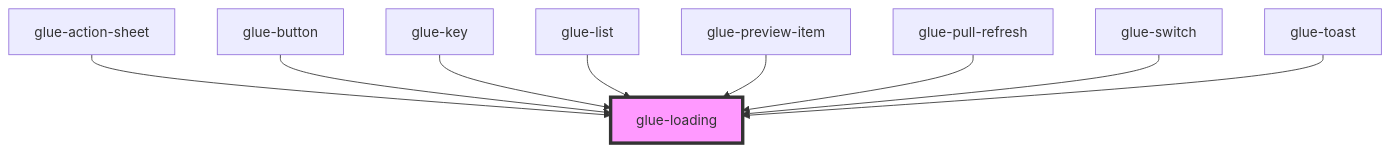
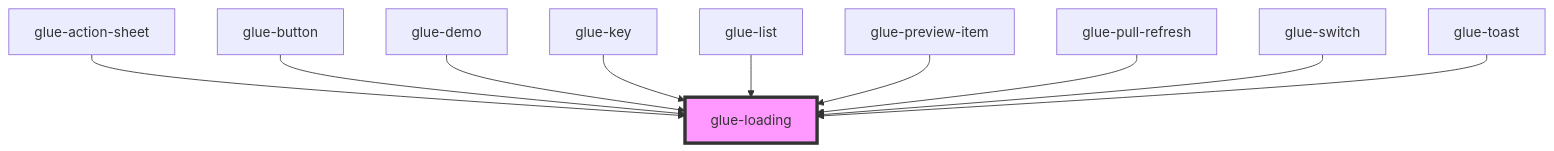
Before and after one commit to grasilife/glue: the diagram in packages/glue-components/src/components/glue-loading/readme.md, drawn with Mermaid. The commit also changed other lines of this file and 9 other files, not shown here.

````diff
--- a/packages/glue-components/src/components/glue-loading/readme.md
+++ b/packages/glue-components/src/components/glue-loading/readme.md
@@ -34,12 +35,13 @@
 ```mermaid
 graph TD;
   glue-action-sheet --> glue-loading
   glue-button --> glue-loading
+  glue-demo --> glue-loading
   glue-key --> glue-loading
   glue-list --> glue-loading
   glue-preview-item --> glue-loading
   glue-pull-refresh --> glue-loading
   glue-switch --> glue-loading
   glue-toast --> glue-loading
   style glue-loading fill:#f9f,stroke:#333,stroke-width:4px
 ```
````
